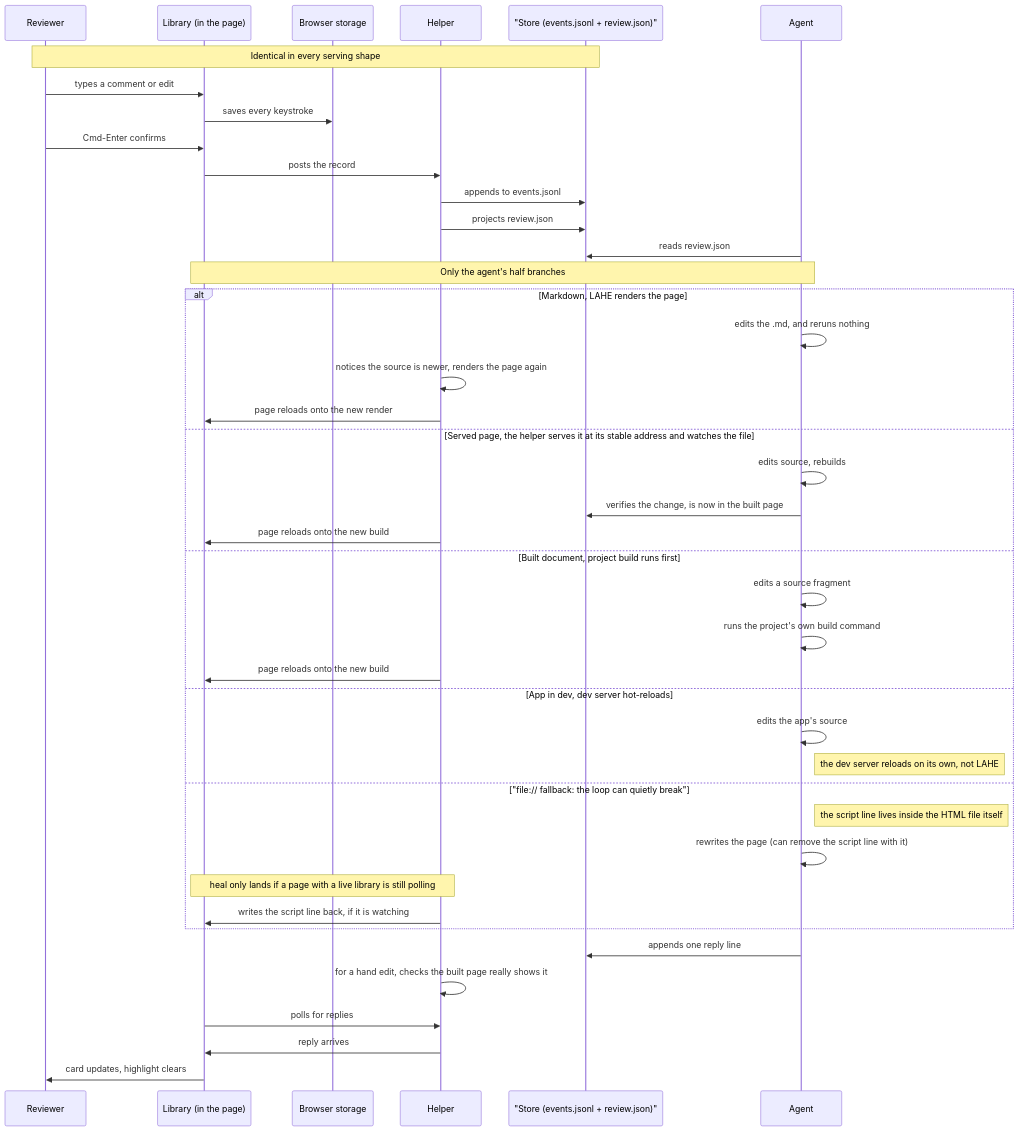
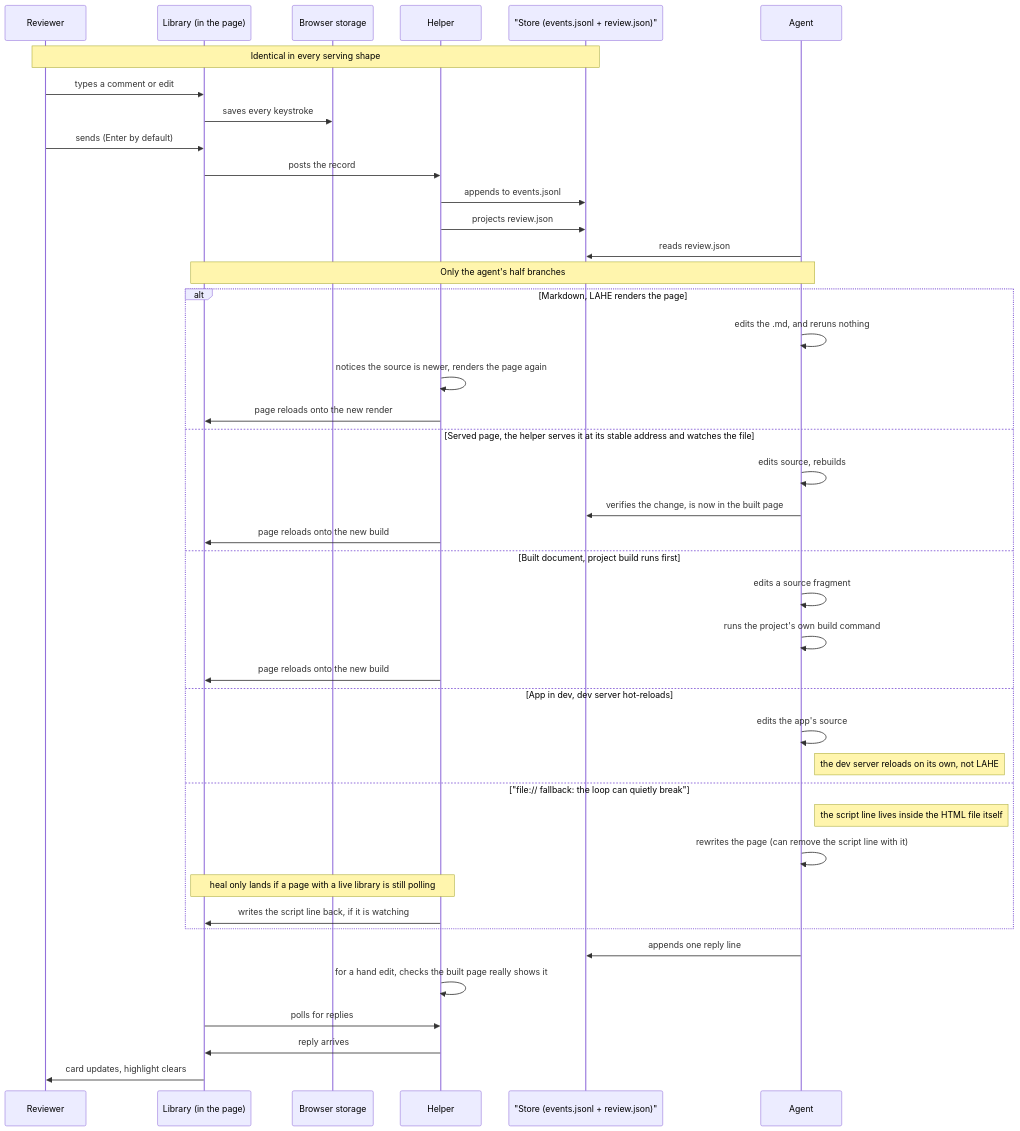
The diagram in docs/diagrams/review_round_trip.md (kenxle/live-agentic-html-editor), drawn with Mermaid before and after one commit. The commit also changed 4 other files, not shown here.

Commit message:
Cleanup: Enter-to-send wrap-up. Docs no longer name Cmd-Enter as the send key, the spec records the gate and review, and the per-document limit is on the board

````diff
--- a/docs/diagrams/review_round_trip.md
+++ b/docs/diagrams/review_round_trip.md
@@ -12,49 +12,49 @@
 ```mermaid
 sequenceDiagram
     participant Rv as Reviewer
     participant Lib as Library (in the page)
     participant Br as Browser storage
     participant Hp as Helper
     participant St as "Store (events.jsonl + review.json)"
     participant Ag as Agent
 
     Note over Rv,St: Identical in every serving shape
 
     Rv->>Lib: types a comment or edit
     Lib->>Br: saves every keystroke
-    Rv->>Lib: Cmd-Enter confirms
+    Rv->>Lib: sends (Enter by default)
     Lib->>Hp: posts the record
     Hp->>St: appends to events.jsonl
     Hp->>St: projects review.json
     Ag->>St: reads review.json
 
     Note over Ag,Lib: Only the agent's half branches
 
     alt Markdown, LAHE renders the page
         Ag->>Ag: edits the .md, and reruns nothing
         Hp->>Hp: notices the source is newer, renders the page again
         Hp->>Lib: page reloads onto the new render
     else Served page, the helper serves it at its stable address and watches the file
         Ag->>Ag: edits source, rebuilds
         Ag->>St: verifies the change, is now in the built page
         Hp->>Lib: page reloads onto the new build
     else Built document, project build runs first
         Ag->>Ag: edits a source fragment
         Ag->>Ag: runs the project's own build command
         Hp->>Lib: page reloads onto the new build
     else App in dev, dev server hot-reloads
         Ag->>Ag: edits the app's source
         Note right of Ag: the dev server reloads on its own, not LAHE
     else "file:// fallback: the loop can quietly break"
         Note right of Ag: the script line lives inside the HTML file itself
         Ag->>Ag: rewrites the page (can remove the script line with it)
         Note over Hp,Lib: heal only lands if a page with a live library is still polling
         Hp->>Lib: writes the script line back, if it is watching
     end
 
     Ag->>St: appends one reply line
     Hp->>Hp: for a hand edit, checks the built page really shows it
     Lib->>Hp: polls for replies
     Hp->>Lib: reply arrives
     Lib->>Rv: card updates, highlight clears
 ```
````
